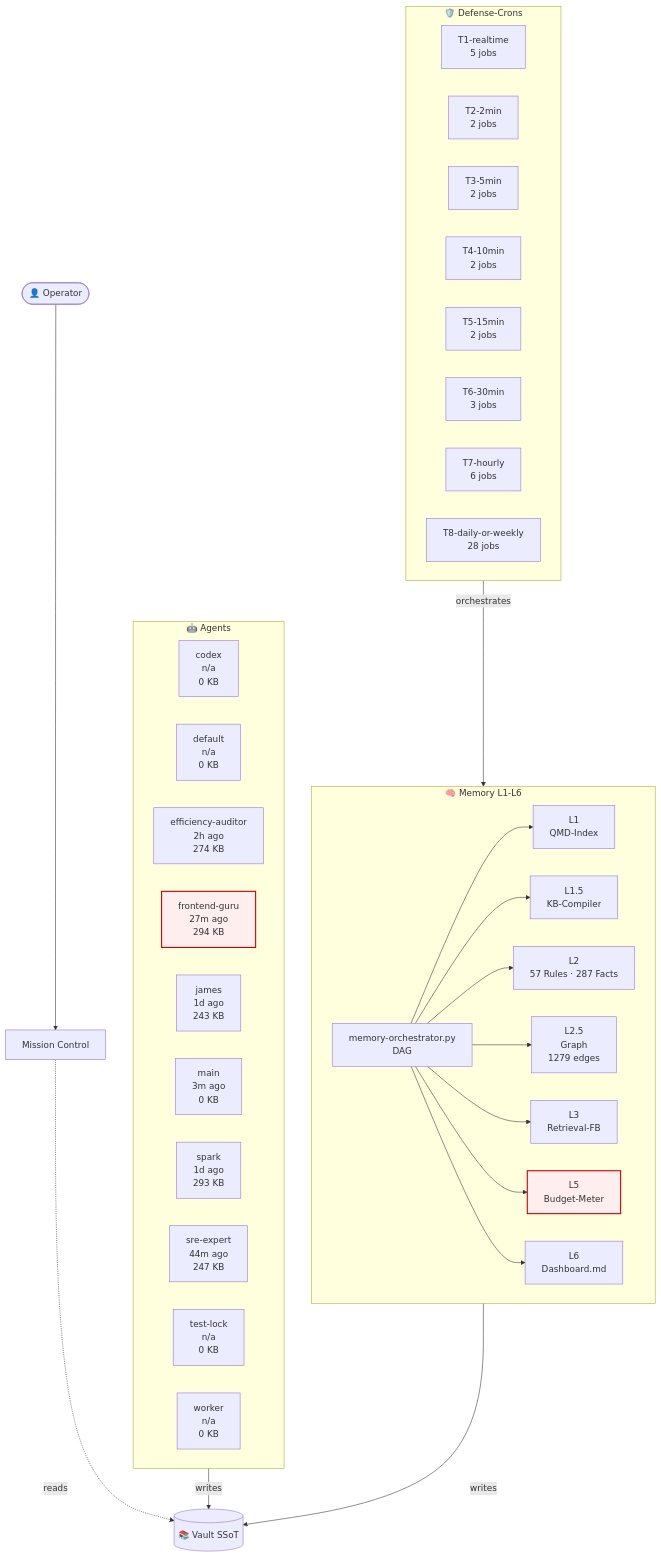
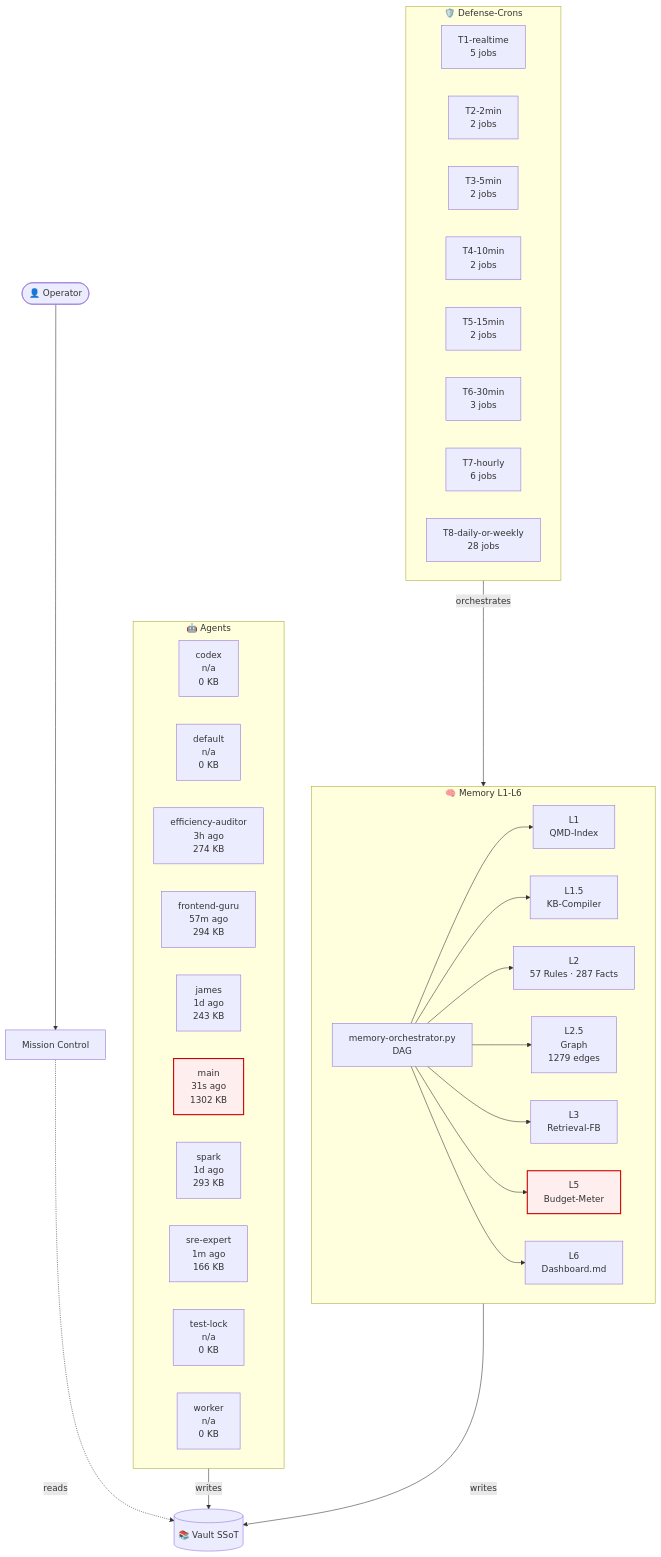
One commit to lenardhuebner88-rgb/openclaw-memory changed the diagram in 03-Agents/architecture-live.md. Above: the diagram before and after it, drawn with Mermaid. The commit also changed other lines of this file and 9 other files, not shown here.

````diff
--- a/03-Agents/architecture-live.md
+++ b/03-Agents/architecture-live.md
@@ -18,53 +18,53 @@
 ```mermaid
 flowchart TB
     classDef critical fill:#fee,stroke:#c00,stroke-width:2px;
     subgraph AGT["🤖 Agents"]
         agent_codex["codex<br/>n/a<br/>0 KB"]
         agent_default["default<br/>n/a<br/>0 KB"]
-        agent_efficiency_auditor["efficiency-auditor<br/>2h ago<br/>274 KB"]
-        agent_frontend_guru["frontend-guru<br/>27m ago<br/>294 KB"]
+        agent_efficiency_auditor["efficiency-auditor<br/>3h ago<br/>274 KB"]
+        agent_frontend_guru["frontend-guru<br/>57m ago<br/>294 KB"]
         agent_james["james<br/>1d ago<br/>243 KB"]
-        agent_main["main<br/>3m ago<br/>0 KB"]
+        agent_main["main<br/>31s ago<br/>1302 KB"]
         agent_spark["spark<br/>1d ago<br/>293 KB"]
-        agent_sre_expert["sre-expert<br/>44m ago<br/>247 KB"]
+        agent_sre_expert["sre-expert<br/>1m ago<br/>166 KB"]
         agent_test_lock["test-lock<br/>n/a<br/>0 KB"]
         agent_worker["worker<br/>n/a<br/>0 KB"]
     end
     subgraph MEM["🧠 Memory L1-L6"]
         L1["L1<br/>QMD-Index"]
         L15["L1.5<br/>KB-Compiler"]
         L2["L2<br/>57 Rules · 287 Facts"]
         L25["L2.5<br/>Graph<br/>1279 edges"]
         L3["L3<br/>Retrieval-FB"]
         L5["L5<br/>Budget-Meter"]
         L6["L6<br/>Dashboard.md"]
         ORCH["memory-orchestrator.py<br/>DAG"]
     end
     subgraph CRN["🛡️ Defense-Crons"]
         tier_T1_realtime["T1-realtime<br/>5 jobs"]
         tier_T2_2min["T2-2min<br/>2 jobs"]
         tier_T3_5min["T3-5min<br/>2 jobs"]
         tier_T4_10min["T4-10min<br/>2 jobs"]
         tier_T5_15min["T5-15min<br/>2 jobs"]
         tier_T6_30min["T6-30min<br/>3 jobs"]
         tier_T7_hourly["T7-hourly<br/>6 jobs"]
         tier_T8_daily_or_weekly["T8-daily-or-weekly<br/>28 jobs"]
     end
     VAULT[("📚 Vault SSoT")]
     OP([👤 Operator])
     MC["Mission Control"]
     OP --> MC
     MC -.reads.-> VAULT
     AGT -->|writes| VAULT
     MEM -->|writes| VAULT
     ORCH --> L1
     ORCH --> L15
     ORCH --> L2
     ORCH --> L25
     ORCH --> L3
     ORCH --> L5
     ORCH --> L6
     CRN -->|orchestrates| MEM
     class L5 critical
-    class agent_frontend_guru critical
+    class agent_main critical
 ```
````
